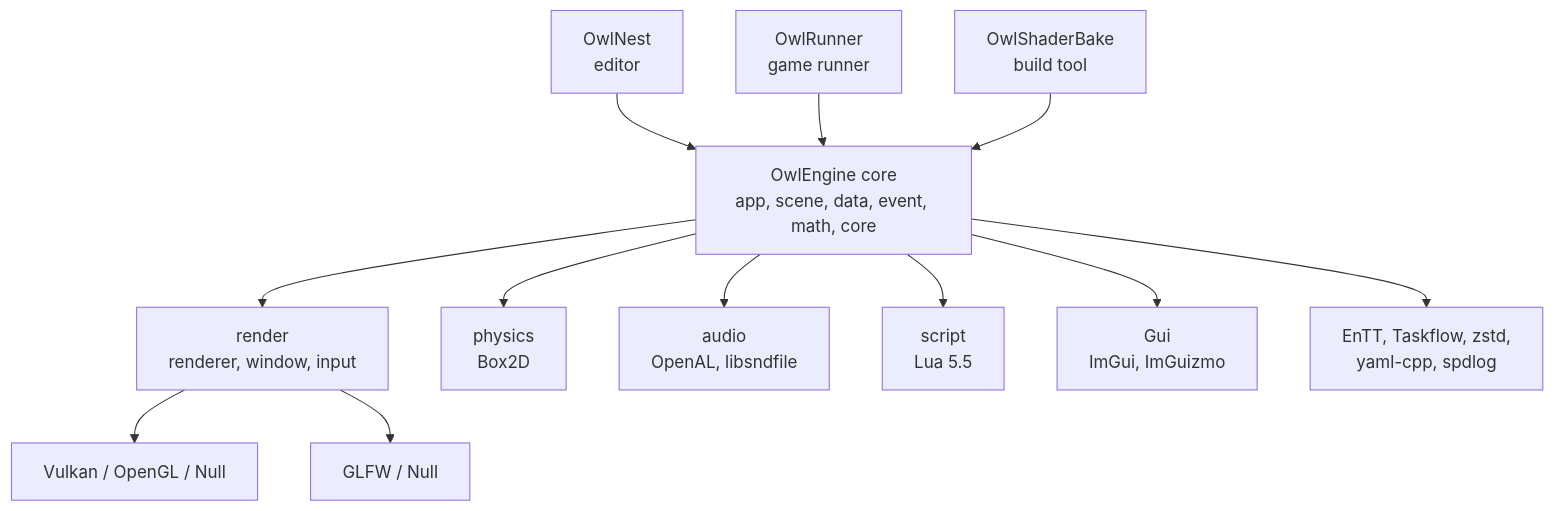
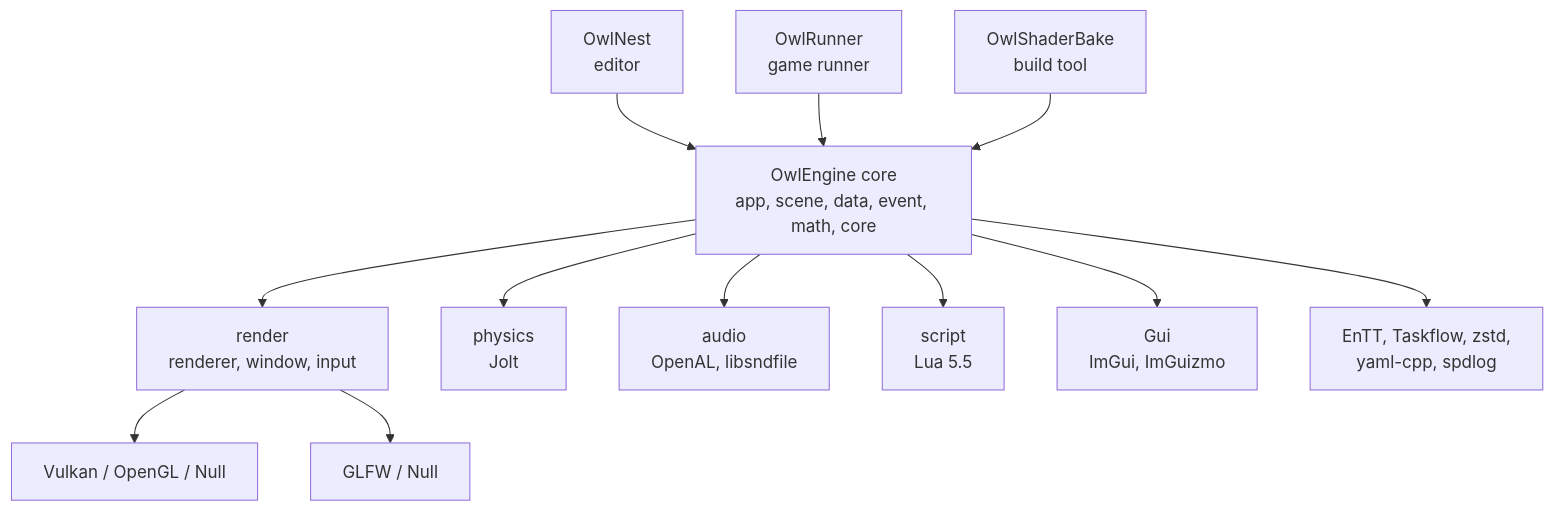
One commit to Silmaen/Owl changed the first of 6 diagrams in doc/pages/architecture.md. Above: the diagram before and after it, drawn with Mermaid. The commit also changed other lines of this file and 74 other files, not shown here.

First line of the commit message:
Add Jolt Physics, built deterministic, with a frozen world-hash test (#375)

````diff
--- a/doc/pages/architecture.md
+++ b/doc/pages/architecture.md
@@ -11,14 +11,14 @@
 ```mermaid
 flowchart TD
     Nest["OwlNest<br/>editor"] --> Core
     Runner["OwlRunner<br/>game runner"] --> Core
     Bake["OwlShaderBake<br/>build tool"] --> Core
     Core["OwlEngine core<br/>app, scene, data, event, math, core"] --> Render["render<br/>renderer, window, input"]
-    Core --> Phys["physics<br/>Box2D"]
+    Core --> Phys["physics<br/>Jolt"]
     Core --> Audio["audio<br/>OpenAL, libsndfile"]
     Core --> Script["script<br/>Lua 5.5"]
     Core --> Gui["Gui<br/>ImGui, ImGuizmo"]
     Core --> Deps["EnTT, Taskflow, zstd,<br/>yaml-cpp, spdlog"]
     Render --> Gpu["Vulkan / OpenGL / Null"]
     Render --> Glfw["GLFW / Null"]
 ```
````
